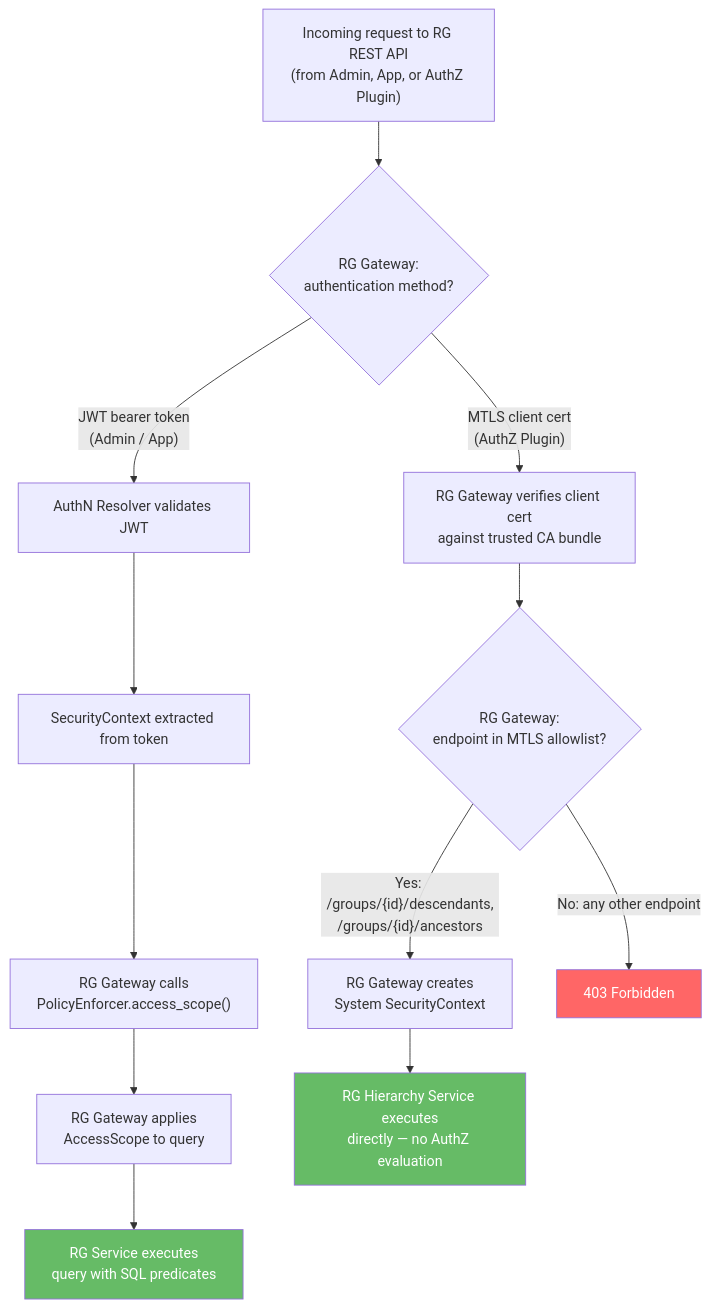
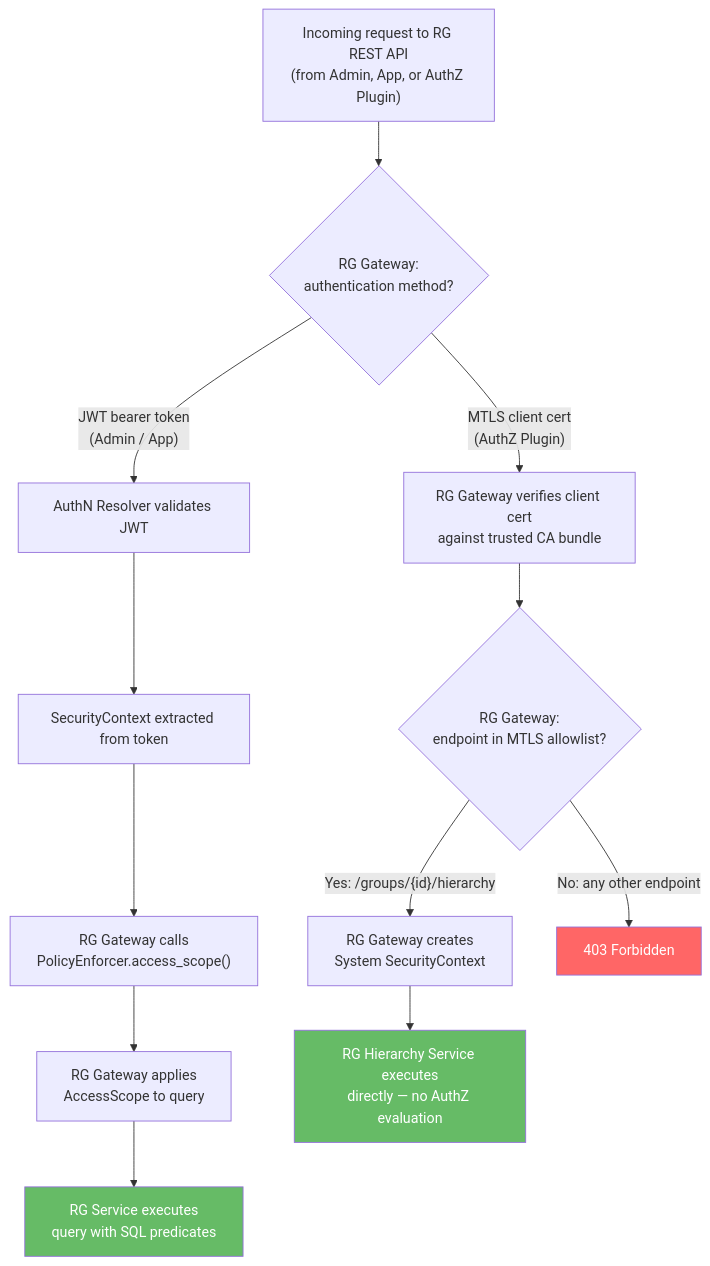
The sixth of 8 diagrams in modules/system/resource-group/docs/DESIGN.md (constructorfabric/gears-rust), drawn with Mermaid before and after one commit. The commit also changed other lines of this file and 36 other files, not shown here.

````diff
--- a/modules/system/resource-group/docs/DESIGN.md
+++ b/modules/system/resource-group/docs/DESIGN.md
@@ -930,20 +890,20 @@
 ```mermaid
 flowchart TD
     REQ["Incoming request to RG REST API<br/>(from Admin, App, or AuthZ Plugin)"] --> AUTH_CHECK{RG Gateway:<br/>authentication method?}
 
     AUTH_CHECK -->|"JWT bearer token<br/>(Admin / App)"| JWT_PATH[AuthN Resolver validates JWT]
     JWT_PATH --> SEC_CTX[SecurityContext extracted from token]
     SEC_CTX --> AUTHZ["RG Gateway calls<br/>PolicyEnforcer.access_scope()"]
     AUTHZ --> CONSTRAINTS[RG Gateway applies<br/>AccessScope to query]
     CONSTRAINTS --> EXEC["RG Service executes<br/>query with SQL predicates"]
 
     AUTH_CHECK -->|"MTLS client cert<br/>(AuthZ Plugin)"| MTLS_PATH["RG Gateway verifies client cert<br/>against trusted CA bundle"]
     MTLS_PATH --> ENDPOINT_CHECK{RG Gateway:<br/>endpoint in MTLS allowlist?}
-    ENDPOINT_CHECK -->|"Yes: /groups/{id}/descendants,<br/>/groups/{id}/ancestors"| SYSTEM_CTX["RG Gateway creates<br/>System SecurityContext"]
+    ENDPOINT_CHECK -->|"Yes: /groups/{id}/hierarchy"| SYSTEM_CTX["RG Gateway creates<br/>System SecurityContext"]
     SYSTEM_CTX --> EXEC_DIRECT["RG Hierarchy Service executes<br/>directly — no AuthZ evaluation"]
     ENDPOINT_CHECK -->|No: any other endpoint| REJECT[403 Forbidden]
 
     style REJECT fill:#f66,color:#fff
     style EXEC_DIRECT fill:#6b6,color:#fff
     style EXEC fill:#6b6,color:#fff
 ```
````
